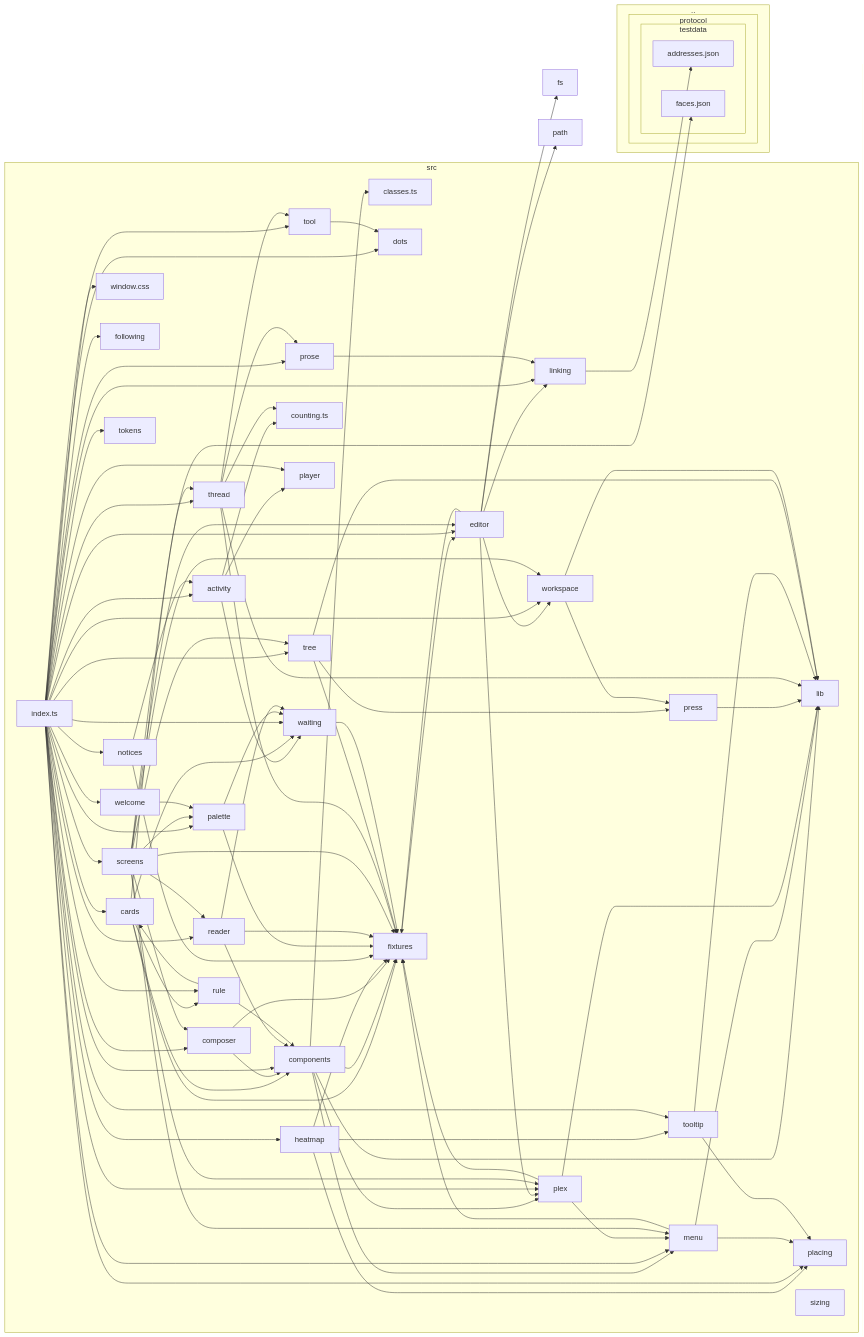
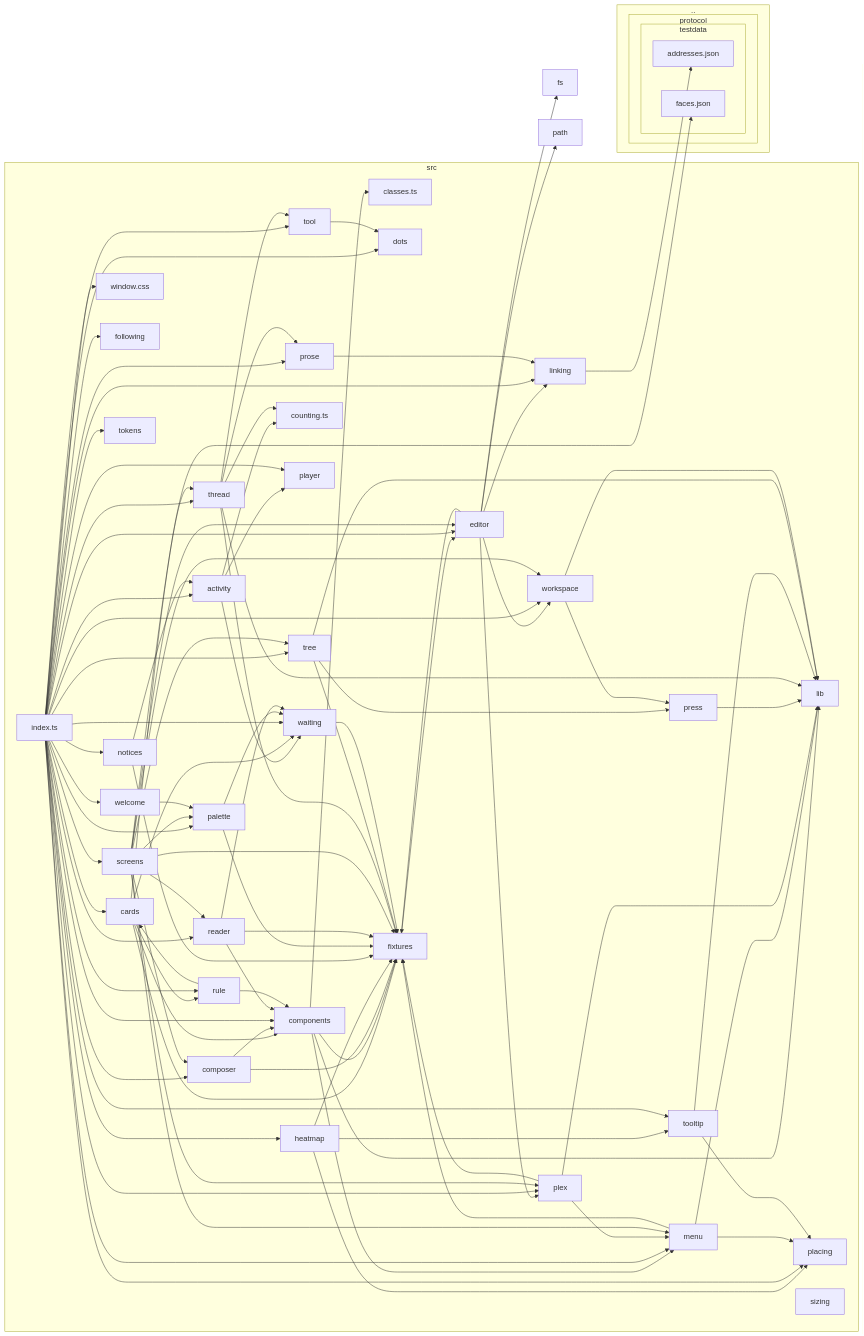
One commit to jiva-studio/numen changed the first of 4 diagrams in docs/dependencies.md. Above: the diagram before and after it, drawn with Mermaid.

Commit message:
docs: redraw the interface modules after the renames
One edge fewer: the band a fault is drawn in is written where it is
shown, so nothing reaches for a component to draw it any more.

Claude-Session: https://claude.ai/code/session_01LzZgHJHajmCE5AMreEKb5t

```diff
--- a/docs/dependencies.md
+++ b/docs/dependencies.md
@@ -68,9 +68,8 @@
 9-->4
 B-->A
 B-->G
+B-->K
 B-->M
-B-->R
-B-->K
 C-->G
 C-->B
 F-->G
```
